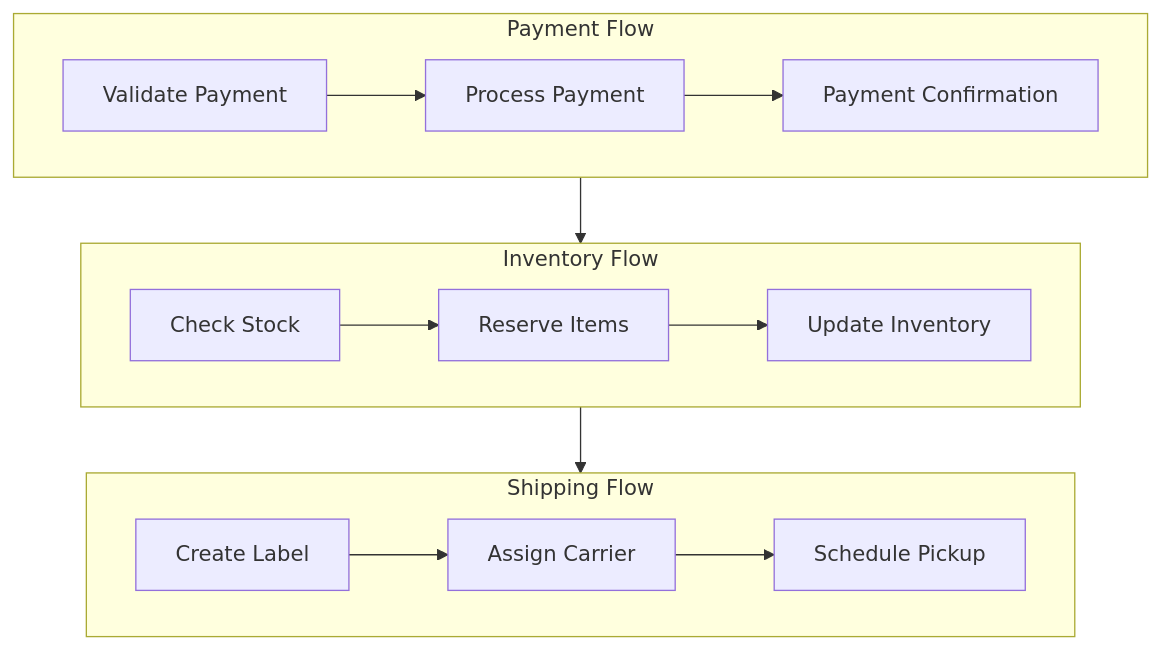
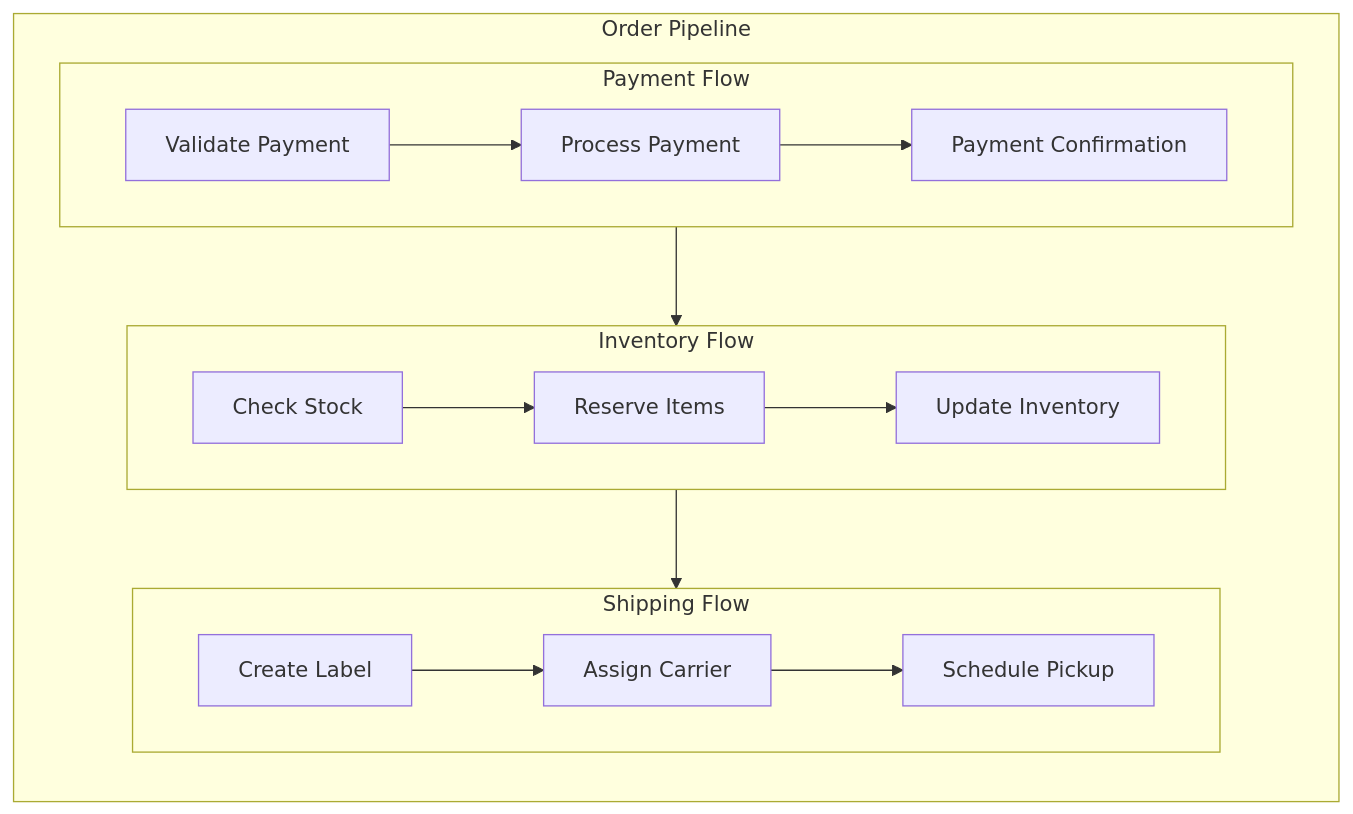
Before and after one commit to yuwei2010/PocketFlow: the second of 2 diagrams in docs/flow.md, drawn with Mermaid. The commit also changed other lines of this file, not shown here.

````diff
--- a/docs/flow.md
+++ b/docs/flow.md
@@ -148,18 +148,19 @@
 ```mermaid
-flowchart TD
+flowchart LR
+    subgraph order_pipeline[Order Pipeline]
+        subgraph paymentFlow["Payment Flow"]
+            A[Validate Payment] --> B[Process Payment] --> C[Payment Confirmation]
+        end
 
-   subgraph paymentFlow["Payment Flow"]
-      A[Validate Payment] --> B[Process Payment] --> C[Payment Confirmation]
-   end
+        subgraph inventoryFlow["Inventory Flow"]
+            D[Check Stock] --> E[Reserve Items] --> F[Update Inventory]
+        end
 
-   subgraph inventoryFlow["Inventory Flow"]
-      D[Check Stock] --> E[Reserve Items] --> F[Update Inventory]
-   end
+        subgraph shippingFlow["Shipping Flow"]
+            G[Create Label] --> H[Assign Carrier] --> I[Schedule Pickup]
+        end
 
-   subgraph shippingFlow["Shipping Flow"]
-      G[Create Label] --> H[Assign Carrier] --> I[Schedule Pickup]
-   end
-
-   paymentFlow --> inventoryFlow
-   inventoryFlow --> shippingFlow
+        paymentFlow --> inventoryFlow
+        inventoryFlow --> shippingFlow
+    end
 ```
````
